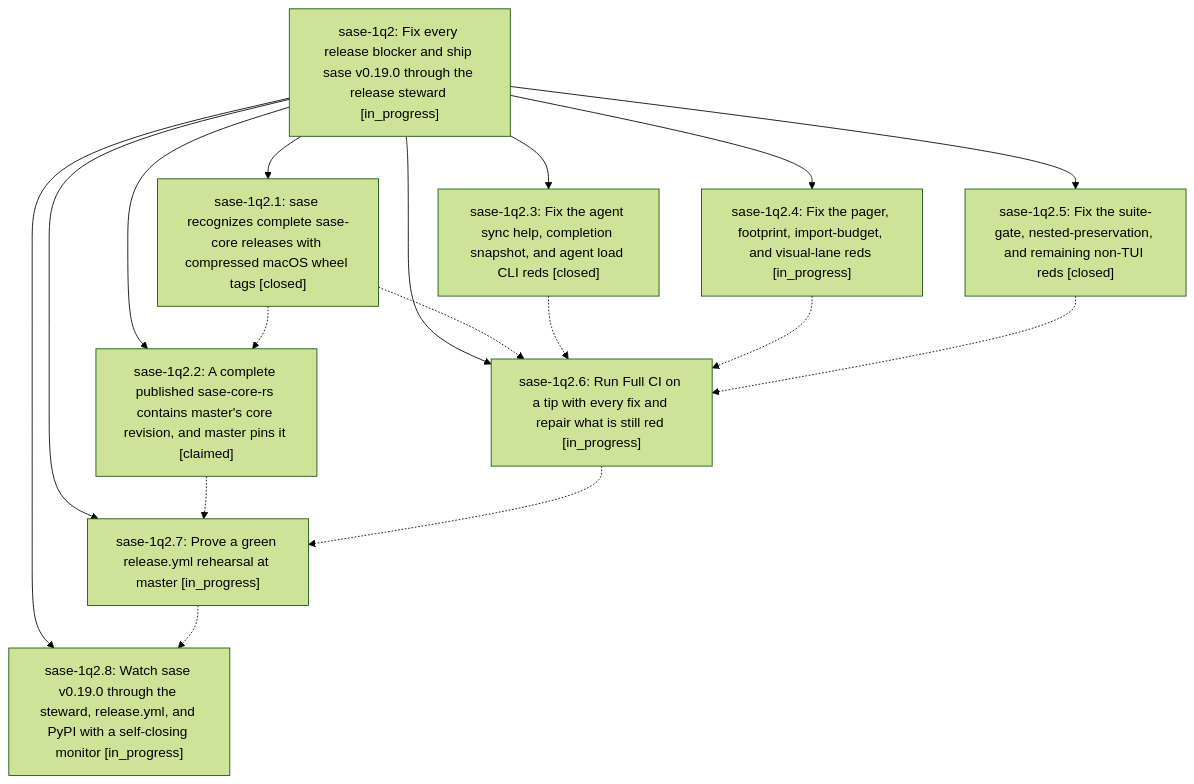
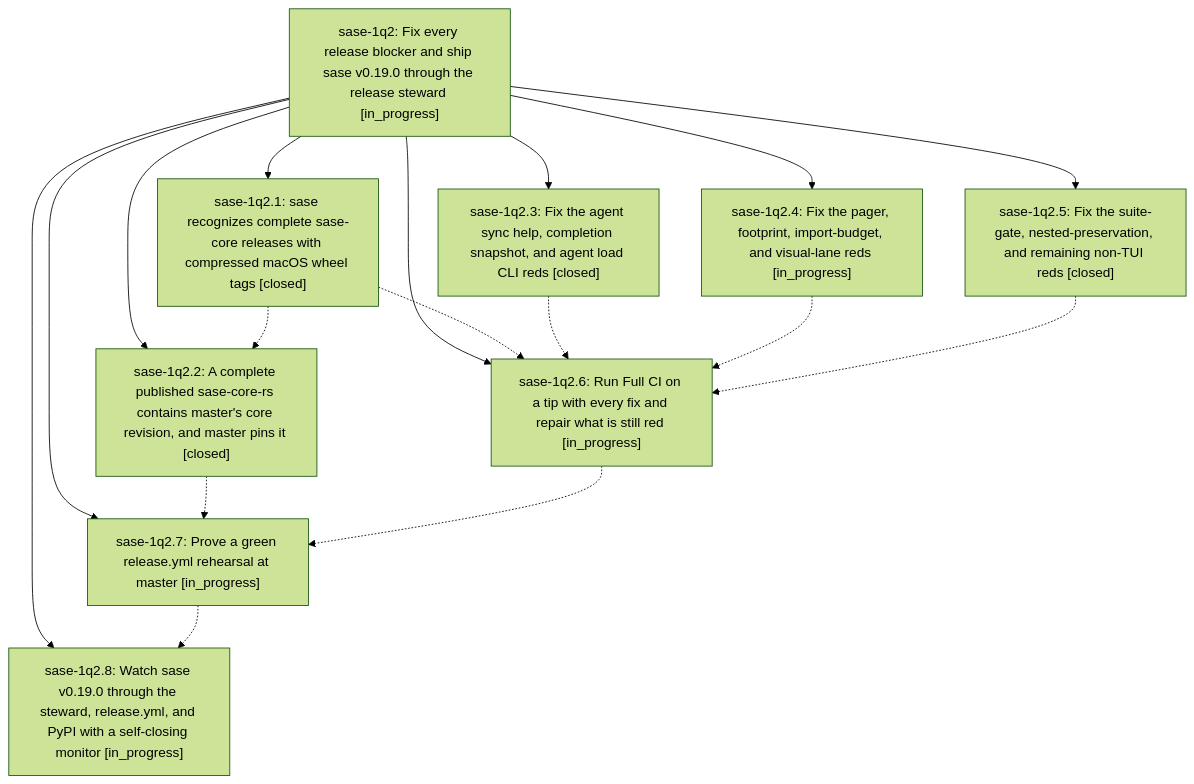
The diagram in pages/sase-1q2/README.md (sase-org/sase--beads), drawn with Mermaid (forest theme) before and after one commit. The commit also changed other lines of this file and 4 other files, not shown here.

````diff
--- a/pages/sase-1q2/README.md
+++ b/pages/sase-1q2/README.md
@@ -47,28 +47,28 @@
 ```mermaid
 flowchart TD
     n0["sase-1q2: Fix every release blocker and ship sase v0.19.0 through the release steward [in_progress]"]
     n1["sase-1q2.1: sase recognizes complete sase-core releases with compressed macOS wheel tags [closed]"]
-    n2["sase-1q2.2: A complete published sase-core-rs contains master's core revision, and master pins it [claimed]"]
+    n2["sase-1q2.2: A complete published sase-core-rs contains master's core revision, and master pins it [closed]"]
     n3["sase-1q2.3: Fix the agent sync help, completion snapshot, and agent load CLI reds [closed]"]
     n4["sase-1q2.4: Fix the pager, footprint, import-budget, and visual-lane reds [in_progress]"]
     n5["sase-1q2.5: Fix the suite-gate, nested-preservation, and remaining non-TUI reds [closed]"]
     n6["sase-1q2.6: Run Full CI on a tip with every fix and repair what is still red [in_progress]"]
     n7["sase-1q2.7: Prove a green release.yml rehearsal at master [in_progress]"]
     n8["sase-1q2.8: Watch sase v0.19.0 through the steward, release.yml, and PyPI with a self-closing monitor [in_progress]"]
     n0 --> n1
     n0 --> n2
     n0 --> n3
     n0 --> n4
     n0 --> n5
     n0 --> n6
     n0 --> n7
     n0 --> n8
     n1 -.-> n2
     n1 -.-> n6
     n2 -.-> n7
     n3 -.-> n6
     n4 -.-> n6
     n5 -.-> n6
     n6 -.-> n7
     n7 -.-> n8
 ```
````
